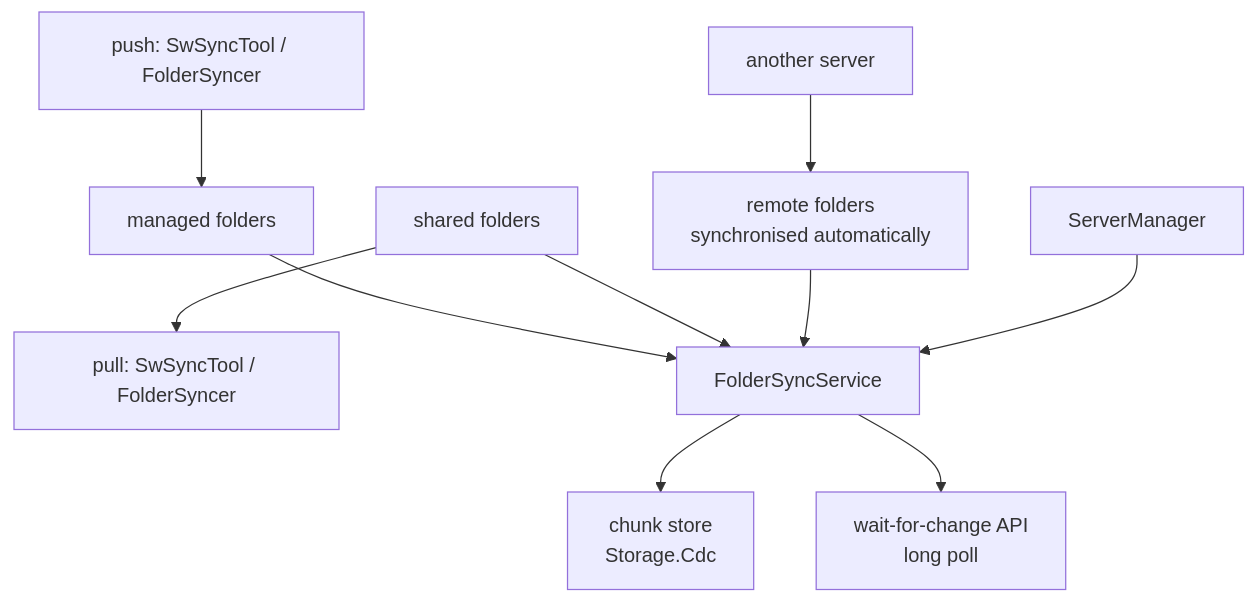
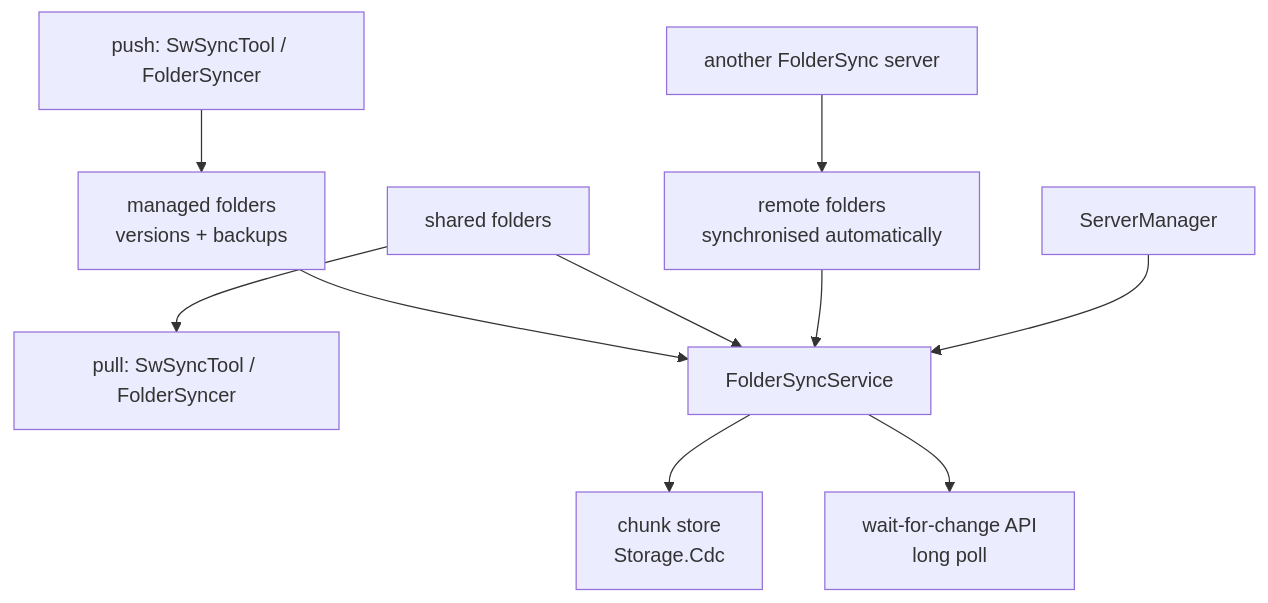
Before and after one commit to dosh1974/SysWeaver: the diagram in SysWeaver.MicroService.FolderSync/README.md, drawn with Mermaid. The commit also changed other lines of this file and 532 other files, not shown here.

````diff
--- a/SysWeaver.MicroService.FolderSync/README.md
+++ b/SysWeaver.MicroService.FolderSync/README.md
@@ -18,12 +18,12 @@
 ```mermaid
 flowchart TB
-  Push["push: SwSyncTool / FolderSyncer"] --> Managed["managed folders"]
+  Push["push: SwSyncTool / FolderSyncer"] --> Managed["managed folders<br/>versions + backups"]
   Shared["shared folders"] --> Pull["pull: SwSyncTool / FolderSyncer"]
-  Src["another server"] --> Remote["remote folders<br/>synchronised automatically"]
+  Src["another FolderSync server"] --> Remote["remote folders<br/>synchronised automatically"]
   Managed --> FSS["FolderSyncService"]
   Shared --> FSS
   Remote --> FSS
   FSS --> Cdc["chunk store<br/>Storage.Cdc"]
   FSS --> Wait["wait-for-change API<br/>long poll"]
   SMgr["ServerManager"] --> FSS
 ```
````
